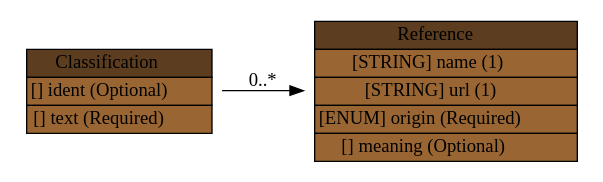
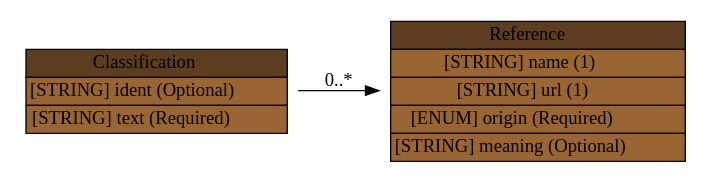
One commit to Moutix/idmef_parser changed the diagram in idmef/graph/Classification.dot. Above: the diagram before and after it, drawn with Graphviz. The commit also changed 95 other files, not shown here.

Commit message:
Complete IDMEF schema

```diff
--- a/idmef/graph/Classification.dot
+++ b/idmef/graph/Classification.dot
@@ -1,8 +1,8 @@
 digraph Classification {
 	graph [rankdir=LR];
 	node [label="\N"];
-	graph [bb="0,0,414,108"];
-	Classification [label=<<table BORDER="0" CELLBORDER="1" CELLSPACING="0"> <tr > <td BGCOLOR="#5c3d1f" HREF="#" TITLE="The Classification class provides the &quot;name&quot; of an alert, or other information allowing the manager to determine what it is. This name is chosen by the alert provider. ">Classification</td> </tr>" %<tr><td BGCOLOR="#996633" HREF="#" TITLE="A unique identifier for this classification; see Section 3.2.9.">[] ident (Optional) </td></tr>%<tr><td BGCOLOR="#996633" HREF="#" TITLE="A vendor-provided string identifying the Alert message.">[] text (Required) </td></tr>%</table>>, shape=plaintext, pos="76,54", width="2.1111", height="0.95833"];
-	Reference [label=<<table BORDER="0" CELLBORDER="1" CELLSPACING="0"> <tr > <td BGCOLOR="#5c3d1f" HREF="#" TITLE="The Reference class provides the &quot;name&quot; of an alert, or other information allowing the manager to determine what it is. ">Reference</td> </tr>" %<tr><td BGCOLOR="#996633" HREF="#" TITLE="The name of the alert, from one of the origins listed below.">[STRING] name (1) </td></tr>%<tr><td BGCOLOR="#996633" HREF="#" TITLE="A URL at which the manager (or the human operator of the manager) can find additional information about the alert.  The document pointed to by the URL may include an in-depth description of the attack, appropriate countermeasures, or other information deemed relevant by the vendor.">[STRING] url (1) </td></tr>%<tr><td BGCOLOR="#996633" HREF="#" TITLE="The source from which the name of the alert originates. The permitted values for this attribute are shown below.  The default value is &quot;unknown&quot;.  (See also Section 10.)">[ENUM] origin (Required) </td></tr>%<tr><td BGCOLOR="#996633" HREF="#" TITLE="The meaning of the reference, as understood by the alert provider.  This field is only valid if the value of the &lt;origin&gt; attribute is set to &quot;vendor-specific&quot; or &quot;user-specific&quot;.">[] meaning (Optional) </td></tr>%</table>>, shape=plaintext, pos="314,54", width="2.7778", height="1.5139"];
-	Classification -> Reference [label="0..*", pos="e,213.81,54 152.29,54 168.65,54 186.26,54 203.63,54", lp="183,62.5"];
+	graph [bb="0,0,498,108"];
+	Classification [label=<<table BORDER="0" CELLBORDER="1" CELLSPACING="0"> <tr > <td BGCOLOR="#5c3d1f" HREF="#" TITLE="The Classification class provides the &quot;name&quot; of an alert, or other information allowing the manager to determine what it is. This name is chosen by the alert provider. ">Classification</td> </tr>" %<tr><td BGCOLOR="#996633" HREF="#" TITLE="A unique identifier for this classification; see Section 3.2.9.">[STRING] ident (Optional) </td></tr>%<tr><td BGCOLOR="#996633" HREF="#" TITLE="A vendor-provided string identifying the Alert message.">[STRING] text (Required) </td></tr>%</table>>, shape=plaintext, pos="103,54", width="2.8611", height="0.95833"];
+	Reference [label=<<table BORDER="0" CELLBORDER="1" CELLSPACING="0"> <tr > <td BGCOLOR="#5c3d1f" HREF="#" TITLE="The Reference class provides the &quot;name&quot; of an alert, or other information allowing the manager to determine what it is. ">Reference</td> </tr>" %<tr><td BGCOLOR="#996633" HREF="#" TITLE="The name of the alert, from one of the origins listed below.">[STRING] name (1) </td></tr>%<tr><td BGCOLOR="#996633" HREF="#" TITLE="A URL at which the manager (or the human operator of the manager) can find additional information about the alert.  The document pointed to by the URL may include an in-depth description of the attack, appropriate countermeasures, or other information deemed relevant by the vendor.">[STRING] url (1) </td></tr>%<tr><td BGCOLOR="#996633" HREF="#" TITLE="The source from which the name of the alert originates. The permitted values for this attribute are shown below.  The default value is &quot;unknown&quot;.  (See also Section 10.)">[ENUM] origin (Required) </td></tr>%<tr><td BGCOLOR="#996633" HREF="#" TITLE="The meaning of the reference, as understood by the alert provider.  This field is only valid if the value of the &lt;origin&gt; attribute is set to &quot;vendor-specific&quot; or &quot;user-specific&quot;.">[STRING] meaning (Optional) </td></tr>%</table>>, shape=plaintext, pos="383,54", width="3.1944", height="1.5139"];
+	Classification -> Reference [label="0..*", pos="e,267.87,54 206.07,54 222.88,54 240.46,54 257.74,54", lp="237,62.5"];
 }
```
